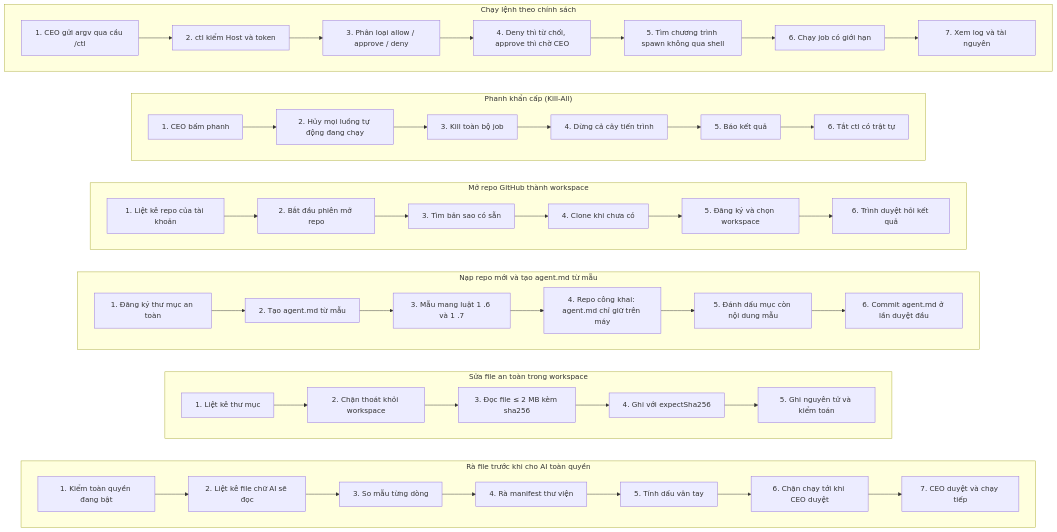
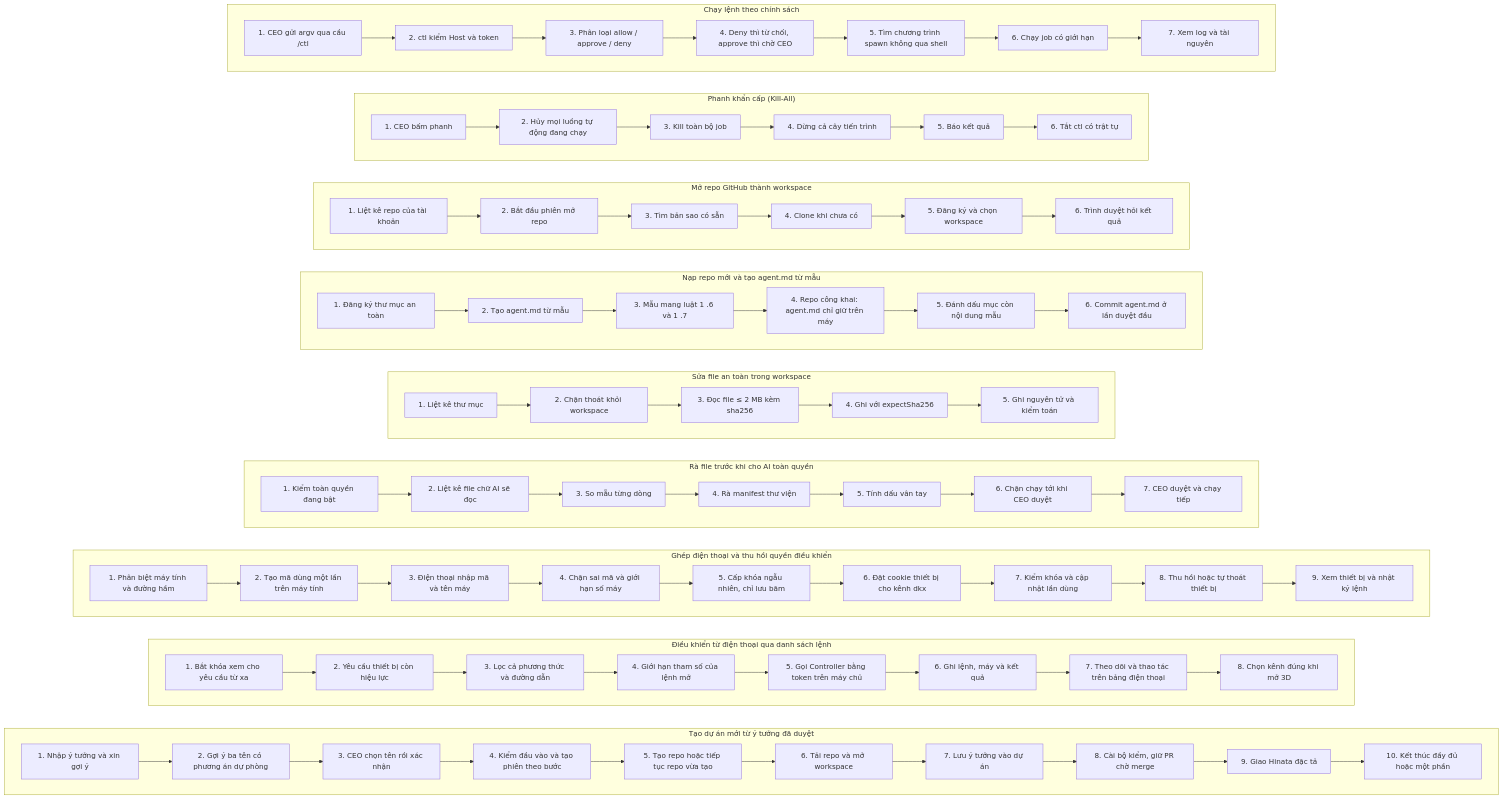
The eighth of 10 diagrams in docs/BAN-DO-HE-THONG.md (Thequancute215-sys/V-n-ph-ng-ch-nh-ph-), drawn with Mermaid before and after one commit. The commit also changed other lines of this file and 9 other files, not shown here.

First line of the commit message:
Bản đồ hệ thống tự cập nhật bằng Codex Sol medium; vẽ lại bản đồ tới 3c00106

````diff
--- a/docs/BAN-DO-HE-THONG.md
+++ b/docs/BAN-DO-HE-THONG.md
@@ -1022,9 +1420,72 @@
     step_ra_soat_toan_quyen_dau_van_tay --> step_ra_soat_toan_quyen_chan_chay
     step_ra_soat_toan_quyen_chan_chay --> step_ra_soat_toan_quyen_ceo_duyet
   end
+  subgraph flow_ghep_dien_thoai["Ghép điện thoại và thu hồi quyền điều khiển"]
+    direction LR
+    step_ghep_dien_thoai_local["1. Phân biệt máy tính và đường hầm"]
+    step_ghep_dien_thoai_ma["2. Tạo mã dùng một lần trên máy tính"]
+    step_ghep_dien_thoai_nhap["3. Điện thoại nhập mã và tên máy"]
+    step_ghep_dien_thoai_kiem_ma["4. Chặn sai mã và giới hạn số máy"]
+    step_ghep_dien_thoai_cap_khoa["5. Cấp khóa ngẫu nhiên, chỉ lưu băm"]
+    step_ghep_dien_thoai_cookie["6. Đặt cookie thiết bị cho kênh dkx"]
+    step_ghep_dien_thoai_xac_thuc["7. Kiểm khóa và cập nhật lần dùng"]
+    step_ghep_dien_thoai_thu_hoi["8. Thu hồi hoặc tự thoát thiết bị"]
+    step_ghep_dien_thoai_nhat_ky["9. Xem thiết bị và nhật ký lệnh"]
+    step_ghep_dien_thoai_local --> step_ghep_dien_thoai_ma
+    step_ghep_dien_thoai_ma --> step_ghep_dien_thoai_nhap
+    step_ghep_dien_thoai_nhap --> step_ghep_dien_thoai_kiem_ma
+    step_ghep_dien_thoai_kiem_ma --> step_ghep_dien_thoai_cap_khoa
+    step_ghep_dien_thoai_cap_khoa --> step_ghep_dien_thoai_cookie
+    step_ghep_dien_thoai_cookie --> step_ghep_dien_thoai_xac_thuc
+    step_ghep_dien_thoai_xac_thuc --> step_ghep_dien_thoai_thu_hoi
+    step_ghep_dien_thoai_thu_hoi --> step_ghep_dien_thoai_nhat_ky
+  end
+  subgraph flow_dieu_khien_tu_dien_thoai["Điều khiển từ điện thoại qua danh sách lệnh"]
+    direction LR
+    step_dieu_khien_tu_dien_thoai_khoa_xem["1. Bắt khóa xem cho yêu cầu từ xa"]
+    step_dieu_khien_tu_dien_thoai_khoa_may["2. Yêu cầu thiết bị còn hiệu lực"]
+    step_dieu_khien_tu_dien_thoai_loc["3. Lọc cả phương thức và đường dẫn"]
+    step_dieu_khien_tu_dien_thoai_ep_tham_so["4. Giới hạn tham số của lệnh mở"]
+    step_dieu_khien_tu_dien_thoai_chuyen["5. Gọi Controller bằng token trên máy chủ"]
+    step_dieu_khien_tu_dien_thoai_ghi_log["6. Ghi lệnh, máy và kết quả"]
+    step_dieu_khien_tu_dien_thoai_bang["7. Theo dõi và thao tác trên bảng điện thoại"]
+    step_dieu_khien_tu_dien_thoai_kenh_3d["8. Chọn kênh đúng khi mở 3D"]
+    step_dieu_khien_tu_dien_thoai_khoa_xem --> step_dieu_khien_tu_dien_thoai_khoa_may
+    step_dieu_khien_tu_dien_thoai_khoa_may --> step_dieu_khien_tu_dien_thoai_loc
+    step_dieu_khien_tu_dien_thoai_loc --> step_dieu_khien_tu_dien_thoai_ep_tham_so
+    step_dieu_khien_tu_dien_thoai_ep_tham_so --> step_dieu_khien_tu_dien_thoai_chuyen
+    step_dieu_khien_tu_dien_thoai_chuyen --> step_dieu_khien_tu_dien_thoai_ghi_log
+    step_dieu_khien_tu_dien_thoai_ghi_log --> step_dieu_khien_tu_dien_thoai_bang
+    step_dieu_khien_tu_dien_thoai_bang --> step_dieu_khien_tu_dien_thoai_kenh_3d
+  end
+  subgraph flow_tao_du_an_moi["Tạo dự án mới từ ý tưởng đã duyệt"]
+    direction LR
+    step_tao_du_an_moi_nhap["1. Nhập ý tưởng và xin gợi ý"]
+    step_tao_du_an_moi_goi_y["2. Gợi ý ba tên có phương án dự phòng"]
+    step_tao_du_an_moi_duyet["3. CEO chọn tên rồi xác nhận"]
+    step_tao_du_an_moi_tao_phien["4. Kiểm đầu vào và tạo phiên theo bước"]
+    step_tao_du_an_moi_repo["5. Tạo repo hoặc tiếp tục repo vừa tạo"]
+    step_tao_du_an_moi_tai_ve["6. Tải repo và mở workspace"]
+    step_tao_du_an_moi_y_tuong["7. Lưu ý tưởng vào dự án"]
+    step_tao_du_an_moi_ci["8. Cài bộ kiểm, giữ PR chờ merge"]
+    step_tao_du_an_moi_hinata["9. Giao Hinata đặc tả"]
+    step_tao_du_an_moi_ket_qua["10. Kết thúc đầy đủ hoặc một phần"]
+    step_tao_du_an_moi_nhap --> step_tao_du_an_moi_goi_y
+    step_tao_du_an_moi_goi_y --> step_tao_du_an_moi_duyet
+    step_tao_du_an_moi_duyet --> step_tao_du_an_moi_tao_phien
+    step_tao_du_an_moi_tao_phien --> step_tao_du_an_moi_repo
+    step_tao_du_an_moi_repo --> step_tao_du_an_moi_tai_ve
+    step_tao_du_an_moi_tai_ve --> step_tao_du_an_moi_y_tuong
+    step_tao_du_an_moi_y_tuong --> step_tao_du_an_moi_ci
+    step_tao_du_an_moi_ci --> step_tao_du_an_moi_hinata
+    step_tao_du_an_moi_hinata --> step_tao_du_an_moi_ket_qua
+  end
   flow_chay_lenh ~~~ flow_phanh_khan_cap
   flow_phanh_khan_cap ~~~ flow_workspace_repo
   flow_workspace_repo ~~~ flow_nap_repo_moi
   flow_nap_repo_moi ~~~ flow_sua_file
   flow_sua_file ~~~ flow_ra_soat_toan_quyen
+  flow_ra_soat_toan_quyen ~~~ flow_ghep_dien_thoai
+  flow_ghep_dien_thoai ~~~ flow_dieu_khien_tu_dien_thoai
+  flow_dieu_khien_tu_dien_thoai ~~~ flow_tao_du_an_moi
 ```
````
